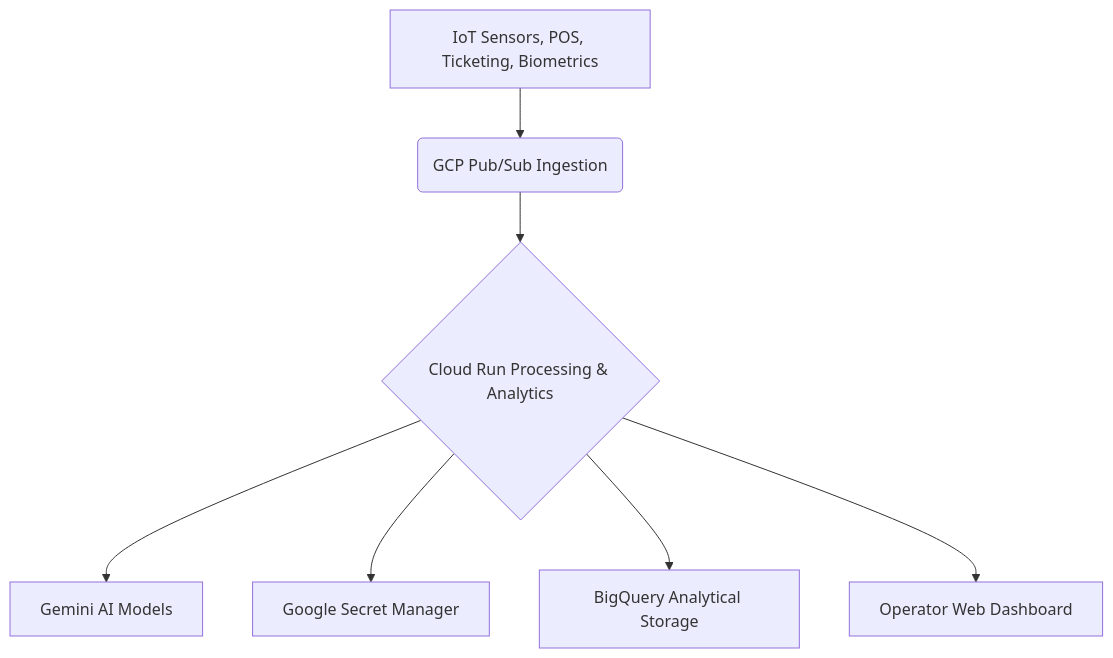
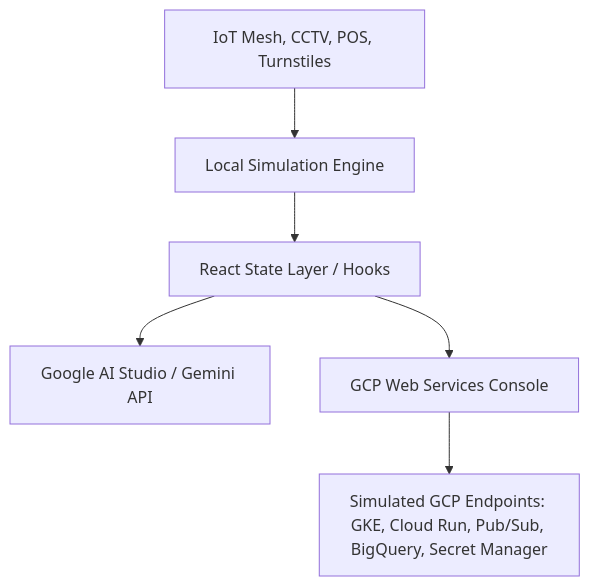
Before and after one commit to Ishwarpatra/StadiumOps: the diagram in docs/Architecture.md, drawn with Mermaid. The commit also changed other lines of this file and 9 other files, not shown here.

````diff
--- a/docs/Architecture.md
+++ b/docs/Architecture.md
@@ -16,9 +15,8 @@
 ```mermaid
 graph TD
-    A[IoT Sensors, POS, Ticketing, Biometrics] --> B(GCP Pub/Sub Ingestion)
-    B --> C{Cloud Run Processing & Analytics}
-    C --> D[Gemini AI Models]
-    C --> E[Google Secret Manager]
-    C --> F[BigQuery Analytical Storage]
-    C --> G[Operator Web Dashboard]
+    A[IoT Mesh, CCTV, POS, Turnstiles] --> B[Local Simulation Engine]
+    B --> C[React State Layer / Hooks]
+    C --> D[Google AI Studio / Gemini API]
+    C --> E[GCP Web Services Console]
+    E --> F[Simulated GCP Endpoints: GKE, Cloud Run, Pub/Sub, BigQuery, Secret Manager]
 ```
````
